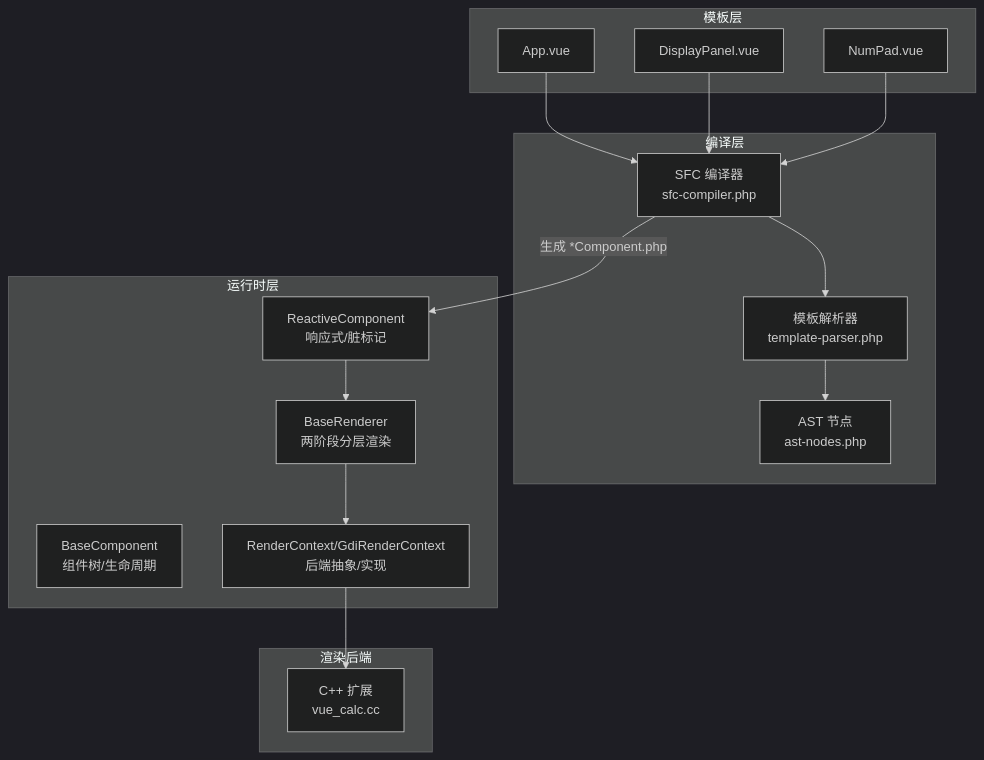
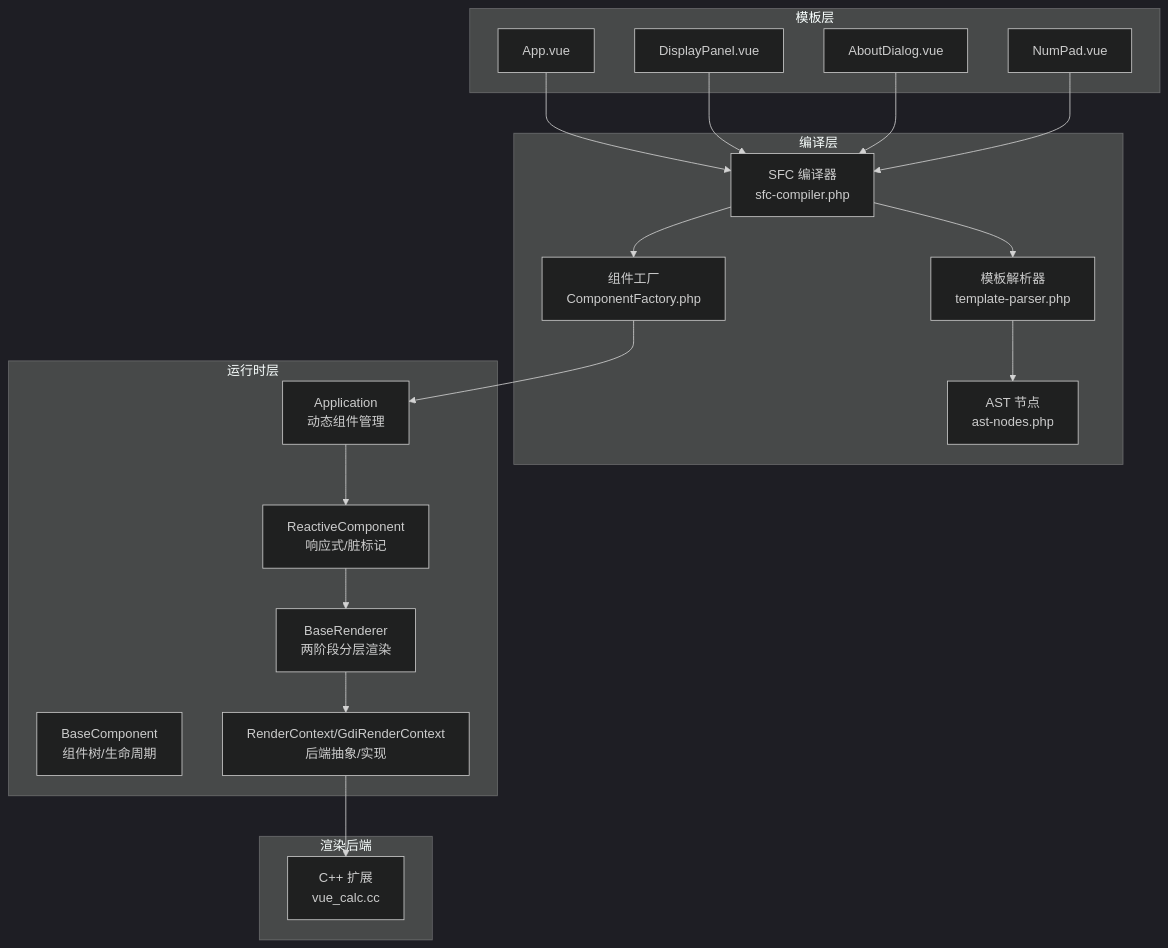
The first of 8 diagrams in .qoder/repowiki/zh/content/组件系统详解/组件系统详解.md (xingye00186/PUI), drawn with Mermaid (dark theme) before and after one commit. The commit also changed other lines of this file and 10 other files, not shown here.

````diff
--- a/.qoder/repowiki/zh/content/组件系统详解/组件系统详解.md
+++ b/.qoder/repowiki/zh/content/组件系统详解/组件系统详解.md
@@ -44,31 +57,37 @@
 ```mermaid
 graph TB
 subgraph "模板层"
 VUE_APP["App.vue"]
 VUE_DISP["DisplayPanel.vue"]
+VUE_ABOUT["AboutDialog.vue"]
 VUE_NUM["NumPad.vue"]
 end
 subgraph "编译层"
 SFC["SFC 编译器<br/>sfc-compiler.php"]
 TP["模板解析器<br/>template-parser.php"]
 AST["AST 节点<br/>ast-nodes.php"]
+FACTORY["组件工厂<br/>ComponentFactory.php"]
 end
 subgraph "运行时层"
 BASE["BaseComponent<br/>组件树/生命周期"]
 REACT["ReactiveComponent<br/>响应式/脏标记"]
+APP["Application<br/>动态组件管理"]
 RENDER["BaseRenderer<br/>两阶段分层渲染"]
 RC["RenderContext/GdiRenderContext<br/>后端抽象/实现"]
 end
 subgraph "渲染后端"
 CPP["C++ 扩展<br/>vue_calc.cc"]
 end
 VUE_APP --> SFC
 VUE_DISP --> SFC
+VUE_ABOUT --> SFC
 VUE_NUM --> SFC
 SFC --> TP
 TP --> AST
-SFC --> |"生成 *Component.php"| REACT
+SFC --> FACTORY
+FACTORY --> APP
+APP --> REACT
 REACT --> RENDER
 RENDER --> RC
 RC --> CPP
 ```
````
